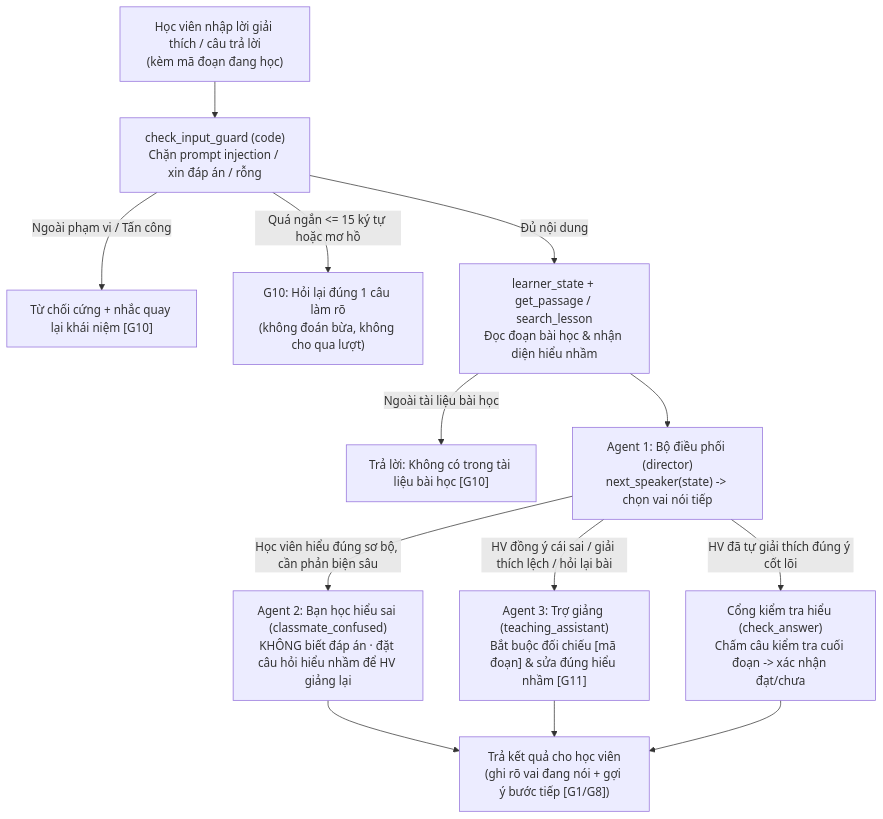
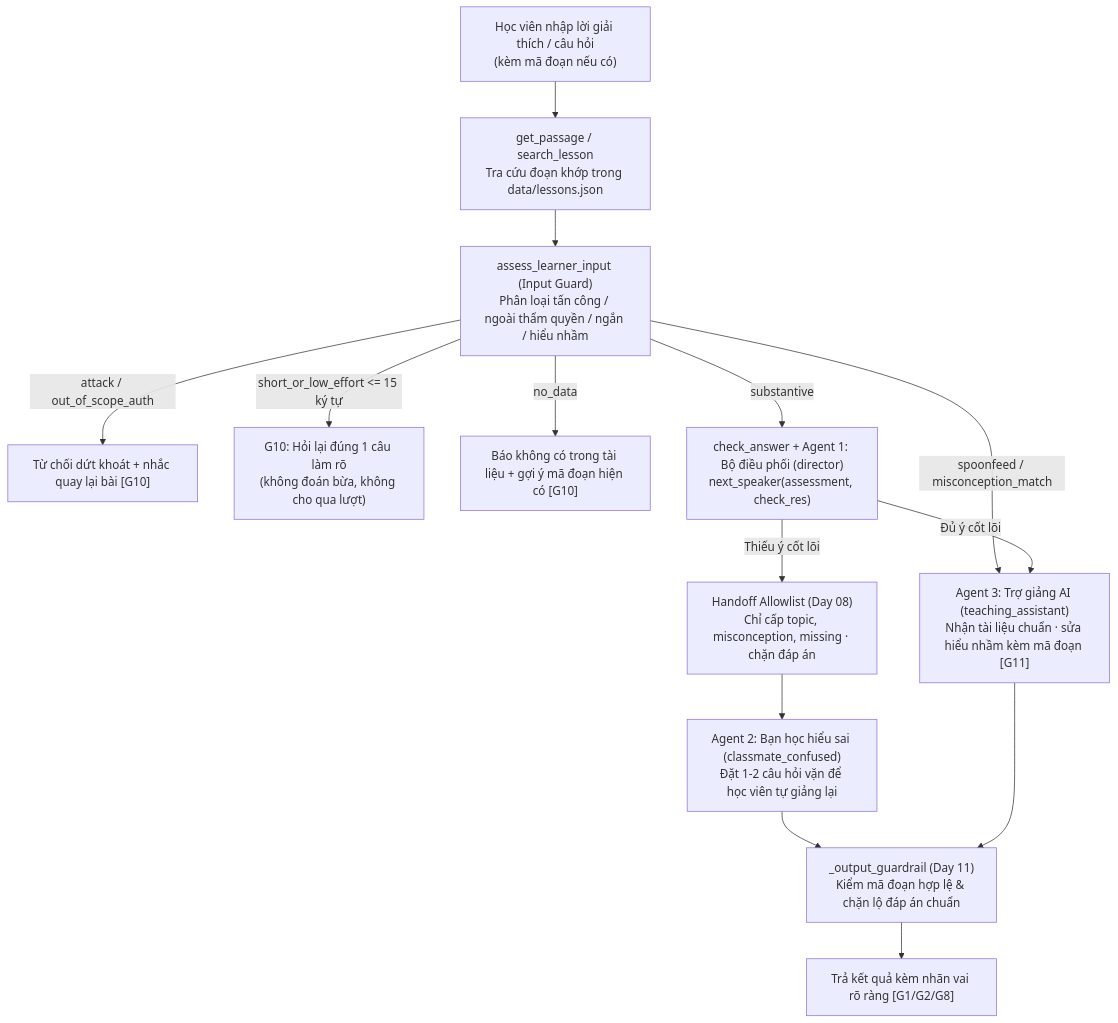
The diagram in spec.md (trongjhuongwr/K5-Day15-L3A-GTAVIN), drawn with Mermaid before and after one commit. The commit also changed other lines of this file and 7 other files, not shown here.

````diff
--- a/spec.md
+++ b/spec.md
@@ -49,15 +49,16 @@
 ```mermaid
 flowchart TD
-    IN["Học viên nhập lời giải thích / câu trả lời<br/>(kèm mã đoạn đang học)"] --> GUARD["check_input_guard (code)<br/>Chặn prompt injection / xin đáp án / rỗng"]
-    GUARD -->|Ngoài phạm vi / Tấn công| REFUSE["Từ chối cứng + nhắc quay lại khái niệm [G10]"]
-    GUARD -->|Quá ngắn <= 15 ký tự hoặc mơ hồ| CLARIFY["G10: Hỏi lại đúng 1 câu làm rõ<br/>(không đoán bừa, không cho qua lượt)"]
-    GUARD -->|Đủ nội dung| STATE["learner_state + get_passage / search_lesson<br/>Đọc đoạn bài học & nhận diện hiểu nhầm"]
-    STATE -->|Ngoài tài liệu bài học| NO_DATA["Trả lời: Không có trong tài liệu bài học [G10]"]
-    STATE --> DIR["Agent 1: Bộ điều phối (director)<br/>next_speaker(state) -> chọn vai nói tiếp"]
-    DIR -->|Học viên hiểu đúng sơ bộ, cần phản biện sâu| CM["Agent 2: Bạn học hiểu sai (classmate_confused)<br/>KHÔNG biết đáp án · đặt câu hỏi hiểu nhầm để HV giảng lại"]
-    DIR -->|HV đồng ý cái sai / giải thích lệch / hỏi lại bài| TA["Agent 3: Trợ giảng (teaching_assistant)<br/>Bắt buộc đối chiếu [mã đoạn] & sửa đúng hiểu nhầm [G11]"]
-    DIR -->|HV đã tự giải thích đúng ý cốt lõi| QUIZ["Cổng kiểm tra hiểu (check_answer)<br/>Chấm câu kiểm tra cuối đoạn -> xác nhận đạt/chưa"]
-    CM --> OUT["Trả kết quả cho học viên<br/>(ghi rõ vai đang nói + gợi ý bước tiếp [G1/G8])"]
-    TA --> OUT
-    QUIZ --> OUT
+    IN["Học viên nhập lời giải thích / câu hỏi<br/>(kèm mã đoạn nếu có)"] --> RET["get_passage / search_lesson<br/>Tra cứu đoạn khớp trong data/lessons.json"]
+    RET --> GUARD["assess_learner_input (Input Guard)<br/>Phân loại tấn công / ngoài thẩm quyền / ngắn / hiểu nhầm"]
+    GUARD -->|attack / out_of_scope_auth| REFUSE["Từ chối dứt khoát + nhắc quay lại bài [G10]"]
+    GUARD -->|short_or_low_effort <= 15 ký tự| CLARIFY["G10: Hỏi lại đúng 1 câu làm rõ<br/>(không đoán bừa, không cho qua lượt)"]
+    GUARD -->|no_data| NO_DATA["Báo không có trong tài liệu + gợi ý mã đoạn hiện có [G10]"]
+    GUARD -->|spoonfeed / misconception_match| TA["Agent 3: Trợ giảng AI (teaching_assistant)<br/>Nhận tài liệu chuẩn · sửa hiểu nhầm kèm mã đoạn [G11]"]
+    GUARD -->|substantive| CHECK["check_answer + Agent 1: Bộ điều phối (director)<br/>next_speaker(assessment, check_res)"]
+    CHECK -->|Thiếu ý cốt lõi| ALLOW["Handoff Allowlist (Day 08)<br/>Chỉ cấp topic, misconception, missing · chặn đáp án"]
+    ALLOW --> CM["Agent 2: Bạn học hiểu sai (classmate_confused)<br/>Đặt 1-2 câu hỏi vặn để học viên tự giảng lại"]
+    CHECK -->|Đủ ý cốt lõi| TA
+    CM --> OUT_G["_output_guardrail (Day 11)<br/>Kiểm mã đoạn hợp lệ & chặn lộ đáp án chuẩn"]
+    TA --> OUT_G
+    OUT_G --> OUT["Trả kết quả kèm nhãn vai rõ ràng [G1/G2/G8]"]
 ```
````
